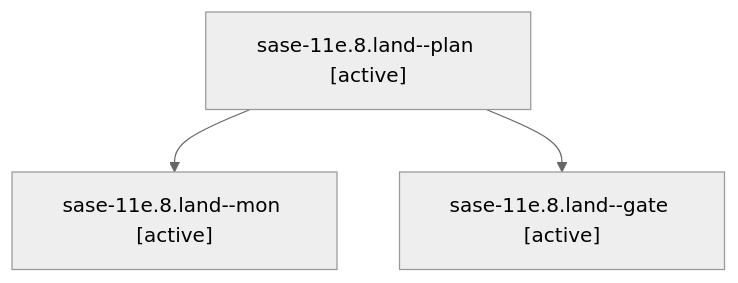
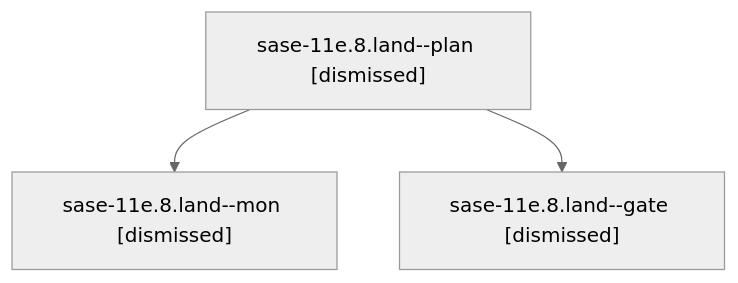
One commit to sase-org/sase--agents changed the diagram in sessions/bbugyi200.athena.sase-11e.8.land.md. Above: the diagram before and after it, drawn with Mermaid (neutral theme). The commit also changed other lines of this file and 199 other files, not shown here.

````diff
--- a/sessions/bbugyi200.athena.sase-11e.8.land.md
+++ b/sessions/bbugyi200.athena.sase-11e.8.land.md
@@ -9,8 +9,8 @@
 ```mermaid
 flowchart TD
-  n0["sase-11e.8.land--plan [active]"]
-  n1["sase-11e.8.land--mon [active]"]
+  n0["sase-11e.8.land--plan [dismissed]"]
+  n1["sase-11e.8.land--mon [dismissed]"]
   n0 --> n1
-  n2["sase-11e.8.land--gate [active]"]
+  n2["sase-11e.8.land--gate [dismissed]"]
   n0 --> n2
 ```
````
